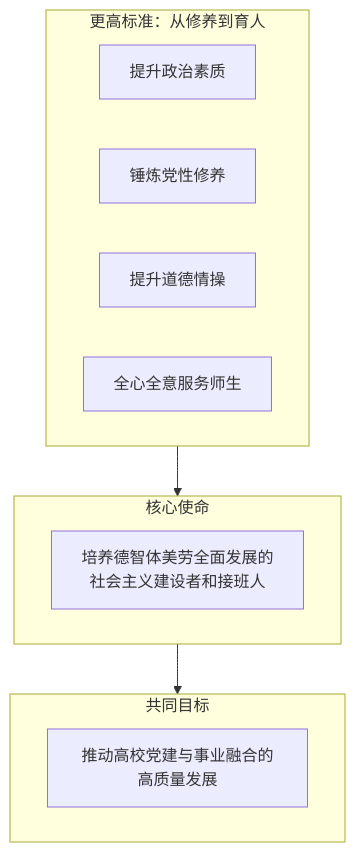
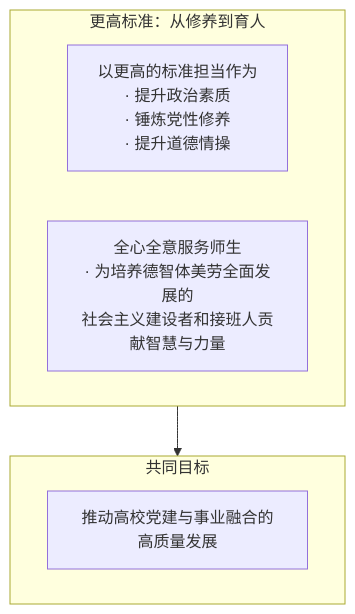
One commit to NJUPT-CS-StuDev/studev changed the first of 3 diagrams in src/content/study/mission-and-responsibility-of-party-member-scientists.md. Above: the diagram before and after it, drawn with Mermaid. The commit also changed other lines of this file, not shown here.

````diff
--- a/src/content/study/mission-and-responsibility-of-party-member-scientists.md
+++ b/src/content/study/mission-and-responsibility-of-party-member-scientists.md
@@ -28,20 +42,13 @@
 ```mermaid
 flowchart TD
     subgraph Standards["更高标准：从修养到育人"]
-        S1["提升政治素质"]
-        S2["锤炼党性修养"]
-        S3["提升道德情操"]
-        S4["全心全意服务师生"]
+        S1["以更高的标准担当作为<br/>· 提升政治素质<br/>· 锤炼党性修养<br/>· 提升道德情操"]
+        S2["全心全意服务师生<br/>· 为培养德智体美劳全面发展的<br/>社会主义建设者和接班人贡献智慧与力量"]
     end
 
-    subgraph Mission["核心使命"]
-        M1["培养德智体美劳全面发展的<br/>社会主义建设者和接班人"]
+    subgraph Goal["共同目标"]
+        G1["推动高校党建与事业融合的高质量发展"]
     end
 
-    subgraph Target["共同目标"]
-        T1["推动高校党建与事业融合的高质量发展"]
-    end
-
-    Standards --> Mission
-    Mission --> Target
+    Standards --> Goal
 ```
````
